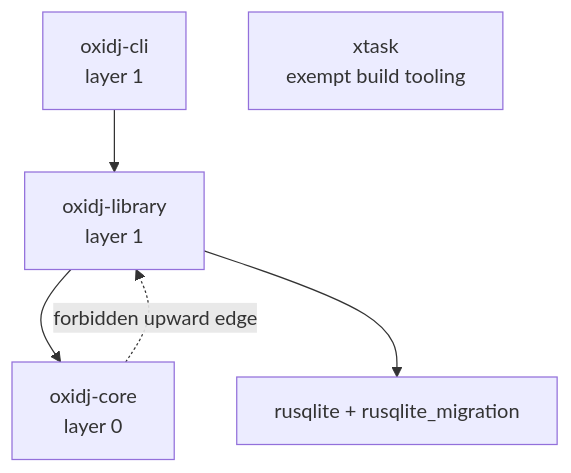
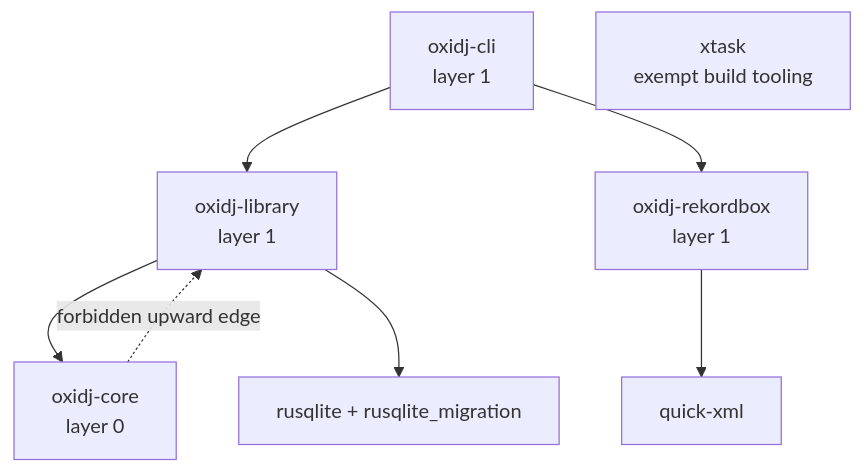
Before and after one commit to Senci/oxidj: the diagram in docs/layers-policy.md, drawn with Mermaid. The commit also changed other lines of this file and 11 other files, not shown here.

First line of the commit message:
feat(rekordbox): add read-only XML preview

````diff
--- a/docs/layers-policy.md
+++ b/docs/layers-policy.md
@@ -31,8 +32,10 @@
 ```mermaid
 flowchart TB
     cli["oxidj-cli<br/>layer 1"] --> library["oxidj-library<br/>layer 1"]
+    cli --> rekordbox["oxidj-rekordbox<br/>layer 1"]
+    rekordbox --> xml["quick-xml"]
     library --> core["oxidj-core<br/>layer 0"]
     library --> sqlite["rusqlite + rusqlite_migration"]
     core -. "forbidden upward edge" .-> library
     xtask["xtask<br/>exempt build tooling"]
 ```
````
